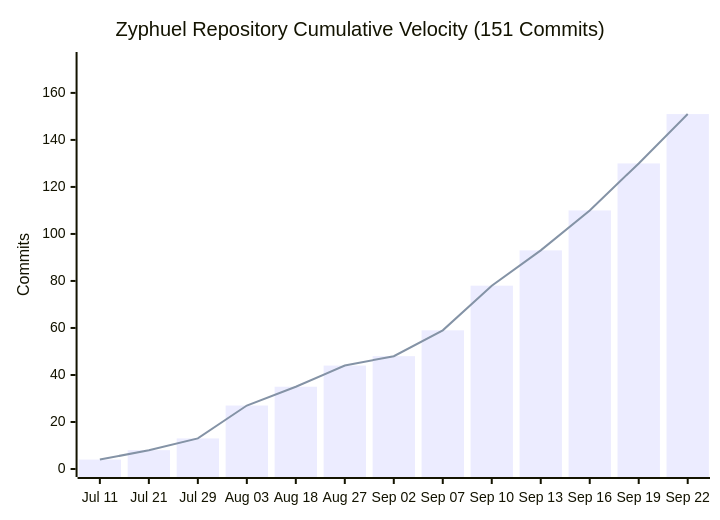
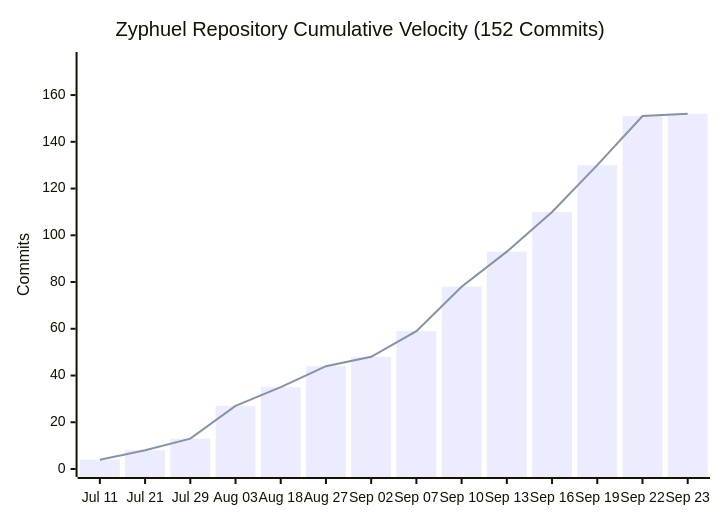
One commit to daniyal44/Zyphuel changed the diagram in README.md. Above: the diagram before and after it, drawn with Mermaid. The commit also changed other lines of this file and 7 other files, not shown here.

````diff
--- a/README.md
+++ b/README.md
@@ -30,8 +30,8 @@
 ```mermaid
 xychart-beta
-    title "Zyphuel Repository Cumulative Velocity (151 Commits)"
-    x-axis ["Jul 11", "Jul 21", "Jul 29", "Aug 03", "Aug 18", "Aug 27", "Sep 02", "Sep 07", "Sep 10", "Sep 13", "Sep 16", "Sep 19", "Sep 22"]
-    y-axis "Commits" 0 --> 174
-    bar [4, 8, 13, 27, 35, 44, 48, 59, 78, 93, 110, 130, 151]
-    line [4, 8, 13, 27, 35, 44, 48, 59, 78, 93, 110, 130, 151]
+    title "Zyphuel Repository Cumulative Velocity (152 Commits)"
+    x-axis ["Jul 11", "Jul 21", "Jul 29", "Aug 03", "Aug 18", "Aug 27", "Sep 02", "Sep 07", "Sep 10", "Sep 13", "Sep 16", "Sep 19", "Sep 22", "Sep 23"]
+    y-axis "Commits" 0 --> 175
+    bar [4, 8, 13, 27, 35, 44, 48, 59, 78, 93, 110, 130, 151, 152]
+    line [4, 8, 13, 27, 35, 44, 48, 59, 78, 93, 110, 130, 151, 152]
 ```
````
